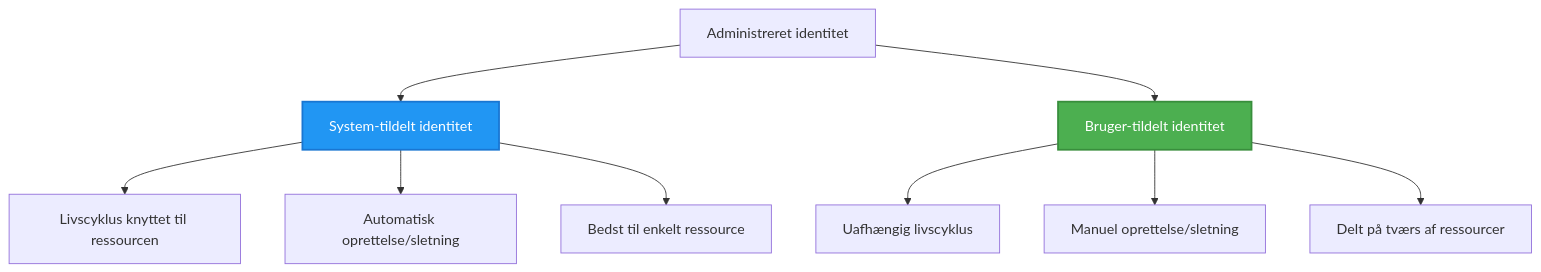
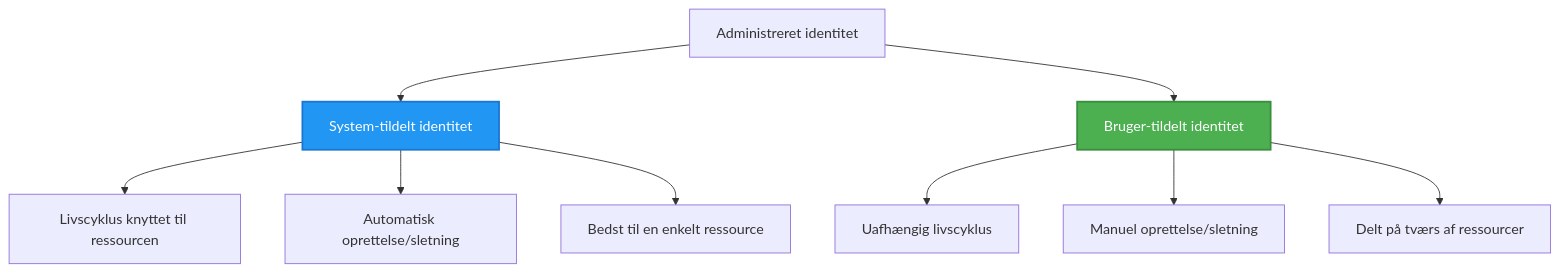
One commit to microsoft/AZD-for-beginners changed the second of 2 diagrams in translations/da/docs/chapter-03-configuration/authsecurity.md. Above: the diagram before and after it, drawn with Mermaid. The commit also changed other lines of this file and 104 other files, not shown here.

````diff
--- a/translations/da/docs/chapter-03-configuration/authsecurity.md
+++ b/translations/da/docs/chapter-03-configuration/authsecurity.md
@@ -97,20 +98,20 @@
 ```mermaid
 graph TB
     MI[Administreret identitet]
     SystemAssigned[System-tildelt identitet]
     UserAssigned[Bruger-tildelt identitet]
     
     MI --> SystemAssigned
     MI --> UserAssigned
     
     SystemAssigned --> SA1[Livscyklus knyttet til ressourcen]
     SystemAssigned --> SA2[Automatisk oprettelse/sletning]
-    SystemAssigned --> SA3[Bedst til enkelt ressource]
+    SystemAssigned --> SA3[Bedst til en enkelt ressource]
     
     UserAssigned --> UA1[Uafhængig livscyklus]
     UserAssigned --> UA2[Manuel oprettelse/sletning]
     UserAssigned --> UA3[Delt på tværs af ressourcer]
     
     style SystemAssigned fill:#2196F3,stroke:#1976D2,stroke-width:2px,color:#fff
     style UserAssigned fill:#4CAF50,stroke:#388E3C,stroke-width:2px,color:#fff
 ```
````
